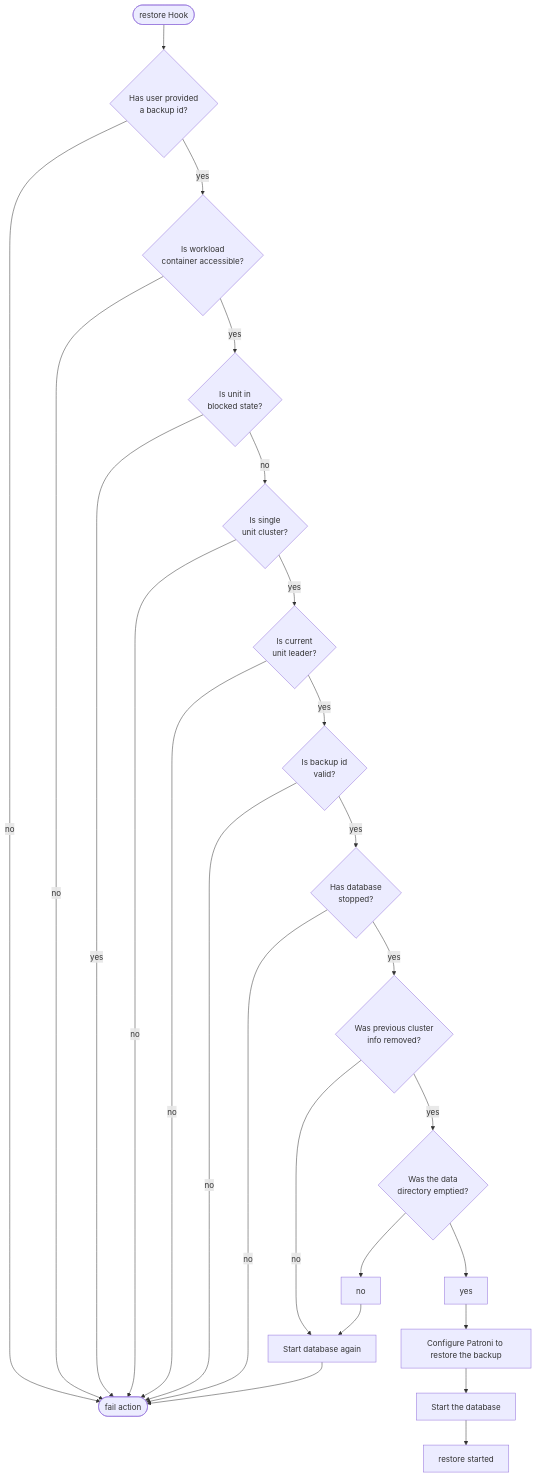
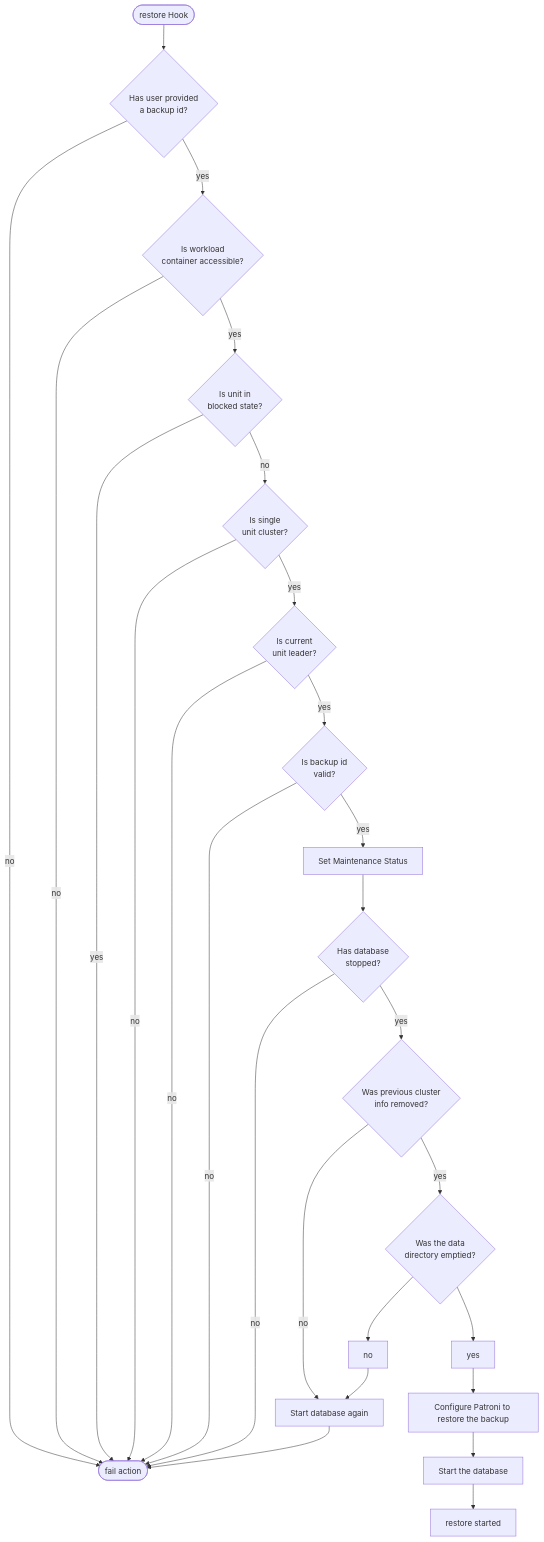
Before and after one commit to canonical/postgresql-k8s-operator: the fourth of 4 diagrams in docs/reference/backups.md, drawn with Mermaid. The commit also changed other lines of this file, not shown here.

Commit message:
Add On Create Backup Hook diagram

````diff
--- a/docs/reference/backups.md
+++ b/docs/reference/backups.md
@@ -60,25 +86,26 @@
 ```mermaid
 flowchart TD
   hook_fired([restore Hook]) --> has_user_provided_backup_id{Has user provided\na backup id?}
   has_user_provided_backup_id -- no --> fail_action([fail action])
   has_user_provided_backup_id -- yes --> is_workload_container_accessible{Is workload\ncontainer accessible?}
   is_workload_container_accessible -- no --> fail_action
   is_workload_container_accessible -- yes --> is_blocked{Is unit in\nblocked state?}
   is_blocked -- yes --> fail_action
   is_blocked -- no --> is_single_unit_cluster{Is single\nunit cluster?}
   is_single_unit_cluster -- no --> fail_action
   is_single_unit_cluster -- yes --> is_leader{Is current\nunit leader?} 
   is_leader -- no --> fail_action
   is_leader -- yes -->  is_backup_id_valid{Is backup id\nvalid?}
   is_backup_id_valid -- no --> fail_action
-  is_backup_id_valid -- yes --> has_database_stopped{Has database\nstopped?}
+  is_backup_id_valid -- yes --> set_maintenance[Set Maintenance Status]
+  set_maintenance --> has_database_stopped{Has database\nstopped?}
   has_database_stopped -- no --> fail_action
   has_database_stopped -- yes --> was_previous_cluster_info_removed{Was previous cluster\ninfo removed?}
   was_previous_cluster_info_removed -- no --> start_database_again[Start database again]
   start_database_again --> fail_action
   was_previous_cluster_info_removed -- yes --> was_data_directory_emptied{Was the data\ndirectory emptied?}
   was_data_directory_emptied --> no --> start_database_again
   was_data_directory_emptied --> yes --> configure_restore[Configure Patroni to restore the backup]
   configure_restore --> start_database[Start the database]
   start_database --> finish_action[restore started]
 ```
````
